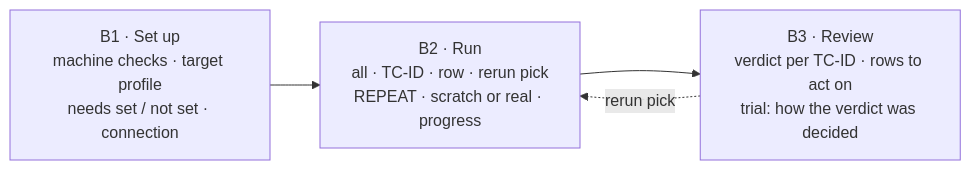
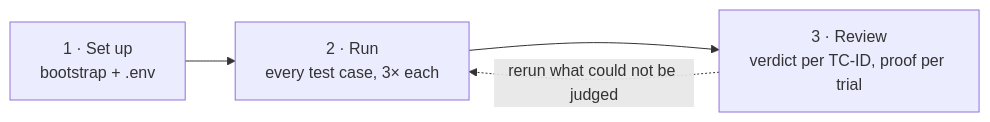
One commit to hackershmave1/guardrail-eval changed the diagram in README.md. Above: the diagram before and after it, drawn with Mermaid. The commit also changed other lines of this file and 1 other file, not shown here.

````diff
--- a/README.md
+++ b/README.md
@@ -202,6 +9,6 @@
 ```mermaid
 flowchart LR
-    B1["B1 · Set up<br/>machine checks · target profile<br/>needs set / not set · connection"] --> B2["B2 · Run<br/>all · TC-ID · row · rerun pick<br/>REPEAT · scratch or real · progress"]
-    B2 --> B3["B3 · Review<br/>verdict per TC-ID · rows to act on<br/>trial: how the verdict was decided"]
-    B3 -. rerun pick .-> B2
+    S["1 · Set up<br/>bootstrap + .env"] --> R["2 · Run<br/>every test case, 3× each"]
+    R --> V["3 · Review<br/>verdict per TC-ID, proof per trial"]
+    V -. rerun what could not be judged .-> R
 ```
````
